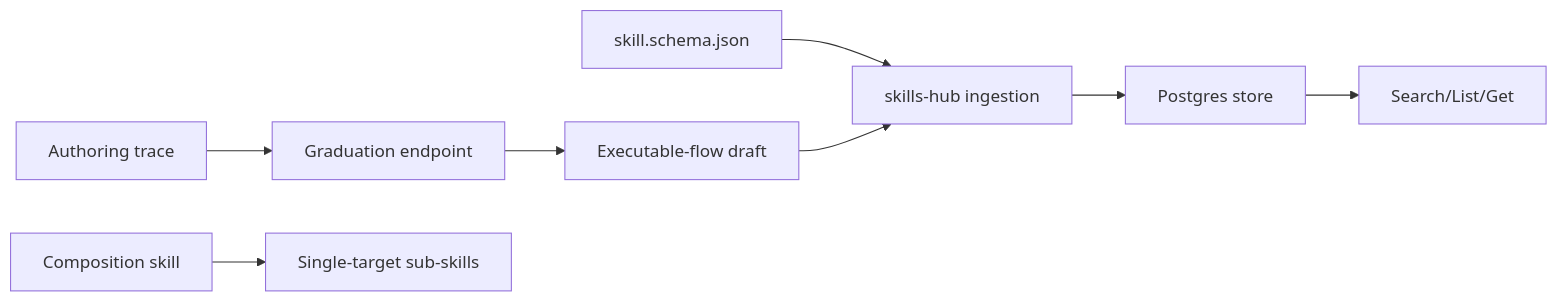
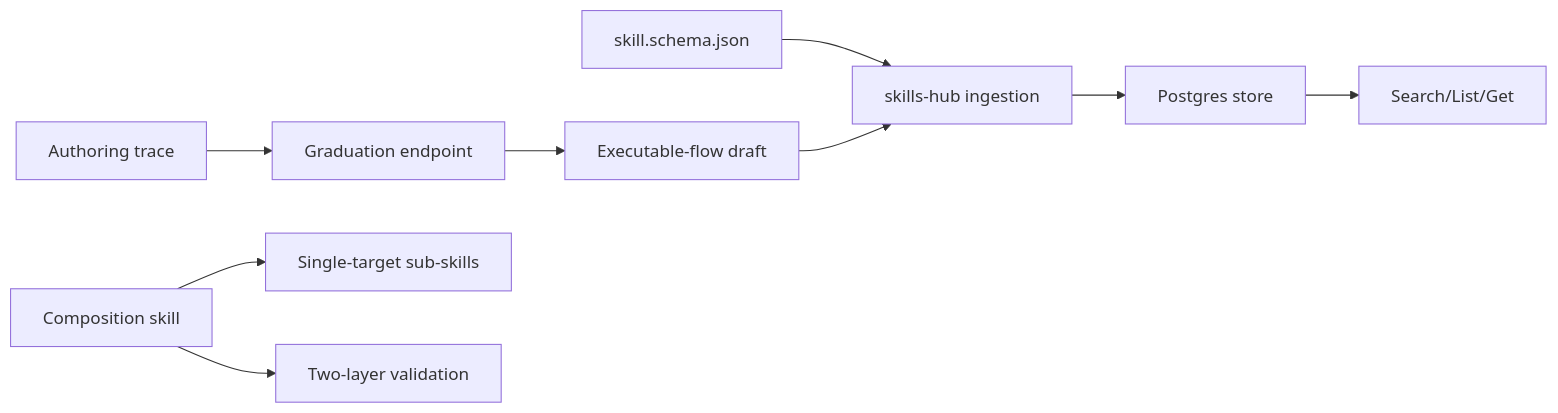
The ninth of 9 diagrams in .qoder/repowiki/en/content/Shared Contracts/Skill Format Specification.md (metasync/luban-aiops), drawn with Mermaid before and after one commit. The commit also changed other lines of this file and 242 other files, not shown here.

````diff
--- a/.qoder/repowiki/en/content/Shared Contracts/Skill Format Specification.md
+++ b/.qoder/repowiki/en/content/Shared Contracts/Skill Format Specification.md
@@ -304,10 +367,11 @@
 ```mermaid
 graph LR
 Schema["skill.schema.json"] --> Ingestion["skills-hub ingestion"]
 Ingestion --> Store["Postgres store"]
 Store --> Search["Search/List/Get"]
 Trace["Authoring trace"] --> Graduation["Graduation endpoint"]
 Graduation --> Draft["Executable-flow draft"]
 Draft --> Ingestion
 Composition["Composition skill"] --> SubSkills["Single-target sub-skills"]
+Composition --> Resolution["Two-layer validation"]
 ```
````
